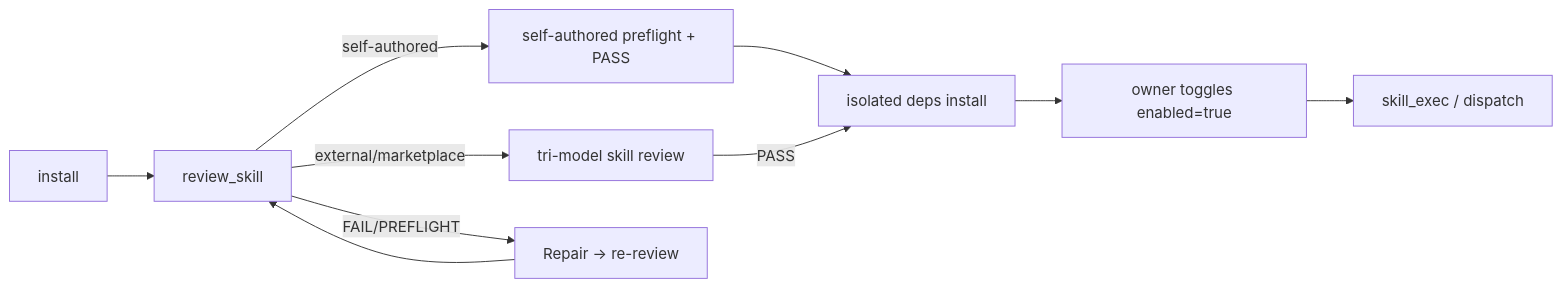
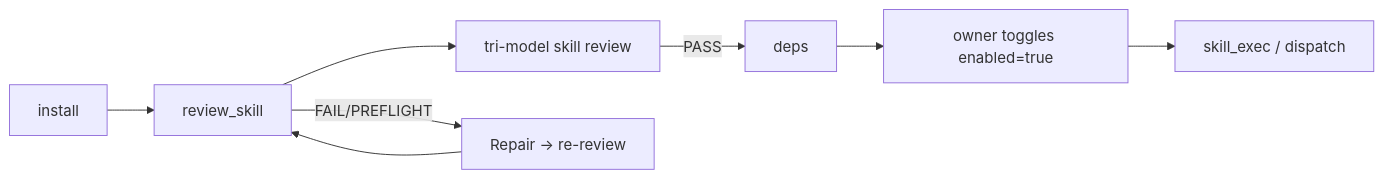
Before and after one commit to kazzand/ouroboros-desktop: the diagram in docs/CREATING_SKILLS.md, drawn with Mermaid. The commit also changed other lines of this file and 66 other files, not shown here.

````diff
--- a/docs/CREATING_SKILLS.md
+++ b/docs/CREATING_SKILLS.md
@@ -117,12 +115,10 @@
 ```mermaid
 flowchart LR
     install[install] --> review[review_skill]
-    review -- self-authored --> fast[self-authored preflight + PASS]
-    review -- external/marketplace --> triad[tri-model skill review]
-    fast --> deps[isolated deps install]
+    review --> triad[tri-model skill review]
     triad -- PASS --> deps
     deps --> enable[owner toggles enabled=true]
     enable --> execute[skill_exec / dispatch]
     review -- FAIL/PREFLIGHT --> repair[Repair → re-review]
     repair --> review
 ```
````
